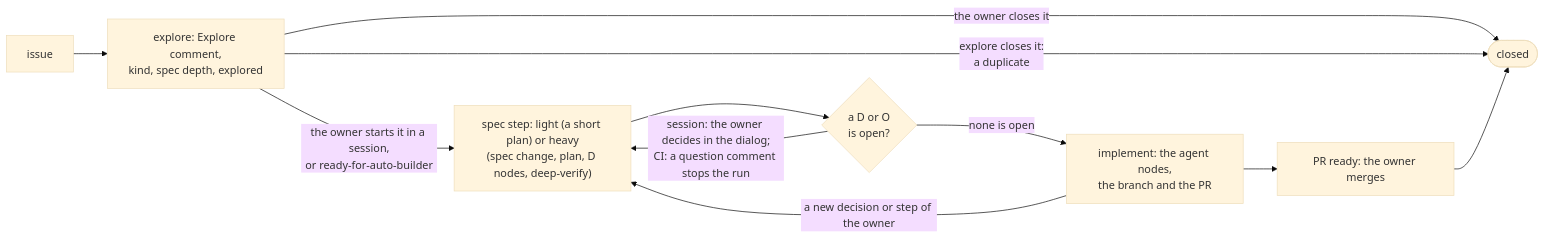
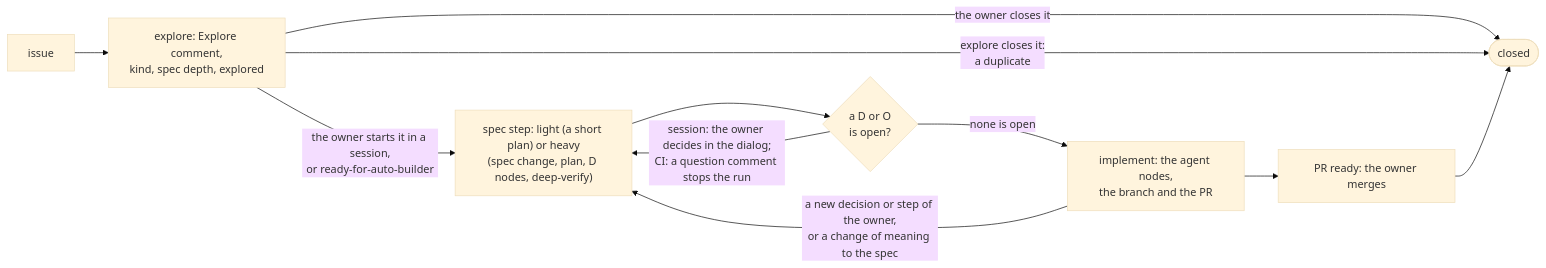
The first of 2 diagrams in knowledge/spec/L2-loop-builder.md (shiyuann/aboveloop), drawn with Mermaid (base theme) before and after one commit. The commit also changed other lines of this file and 8 other files, not shown here.

Commit message:
A change of meaning to the spec after the spec step gets a new spec review in a session, and a list in the PR body in CI, with a delta node for each done node that it touches.

````diff
--- a/knowledge/spec/L2-loop-builder.md
+++ b/knowledge/spec/L2-loop-builder.md
@@ -44,13 +46,13 @@
 ```mermaid
 flowchart LR
   I["issue"] --> X["explore: Explore comment,<br/>kind, spec depth, explored"]
   X -->|"the owner closes it"| DN(["closed"])
   X -->|"explore closes it:<br/>a duplicate"| DN
   X -->|"the owner starts it in a session,<br/>or ready-for-auto-builder"| SP["spec step: light (a short plan) or heavy<br/>(spec change, plan, D nodes, deep-verify)"]
   SP --> DC{"a D or O<br/>is open?"}
   DC -->|"session: the owner decides in the dialog;<br/>CI: a question comment stops the run"| SP
   DC -->|"none is open"| IM["implement: the agent nodes,<br/>the branch and the PR"]
-  IM -->|"a new decision or step of the owner"| SP
+  IM -->|"a new decision or step of the owner,<br/>or a change of meaning to the spec"| SP
   IM --> PR["PR ready: the owner merges"]
   PR --> DN
 ```
````
